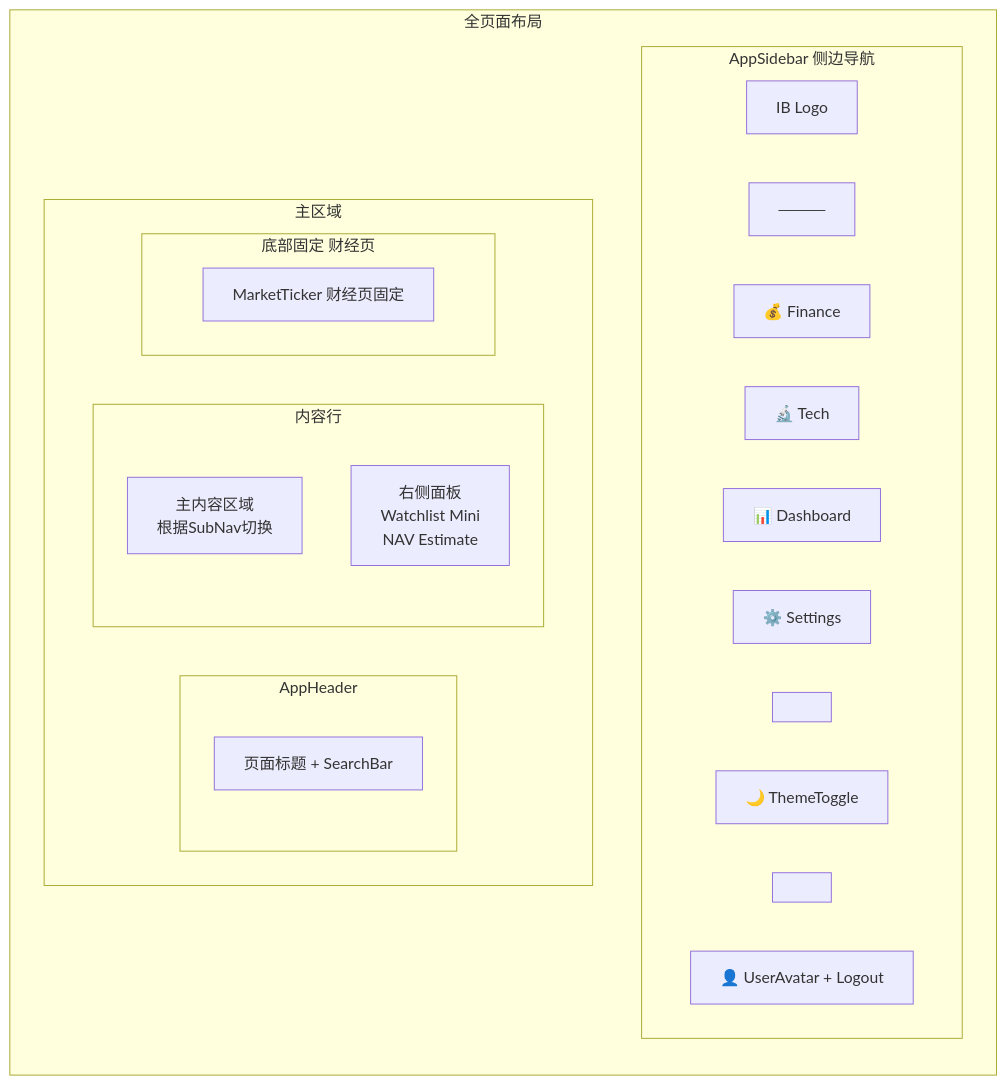
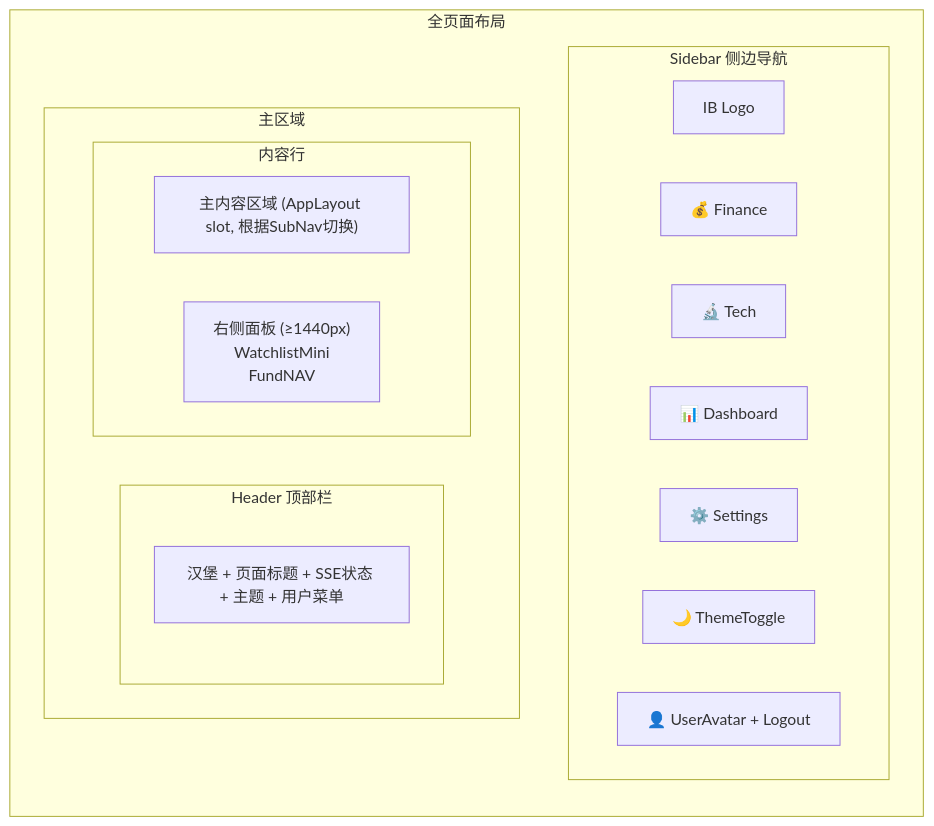
One commit to onceme/instantboard changed the second of 2 diagrams in docs/design/frontend.md. Above: the diagram before and after it, drawn with Mermaid. The commit also changed other lines of this file and 14 other files, not shown here.

````diff
--- a/docs/design/frontend.md
+++ b/docs/design/frontend.md
@@ -316,32 +154,24 @@
 ```mermaid
 graph LR
   subgraph fullpage["全页面布局"]
-    subgraph sidebar["AppSidebar 侧边导航"]
+    subgraph sidebar["Sidebar 侧边导航"]
       Logo["IB Logo"]
-      Sep1["────"]
       NavFin["💰 Finance"]
       NavTech["🔬 Tech"]
       NavDash["📊 Dashboard"]
       NavSet["⚙️ Settings"]
-      Sep2[" "]
       ThemeBtn["🌙 ThemeToggle"]
-      Sep3[" "]
       UserBtn["👤 UserAvatar + Logout"]
     end
 
     subgraph mainarea["主区域"]
-      subgraph header["AppHeader"]
-        HeaderContent["页面标题 + SearchBar"]
+      subgraph header["Header 顶部栏"]
+        HeaderContent["汉堡 + 页面标题 + SSE状态 + 主题 + 用户菜单"]
       end
-
       subgraph contentrow["内容行"]
-        MainContent["主内容区域<br/>根据SubNav切换"]
-        RightPanel["右侧面板<br/>Watchlist Mini<br/>NAV Estimate"]
-      end
-
-      subgraph ticker["底部固定 财经页"]
-        MarketTicker["MarketTicker 财经页固定"]
+        MainContent["主内容区域 (AppLayout slot, 根据SubNav切换)"]
+        RightPanel["右侧面板 (≥1440px)<br/>WatchlistMini<br/>FundNAV"]
       end
     end
   end
 ```
````
